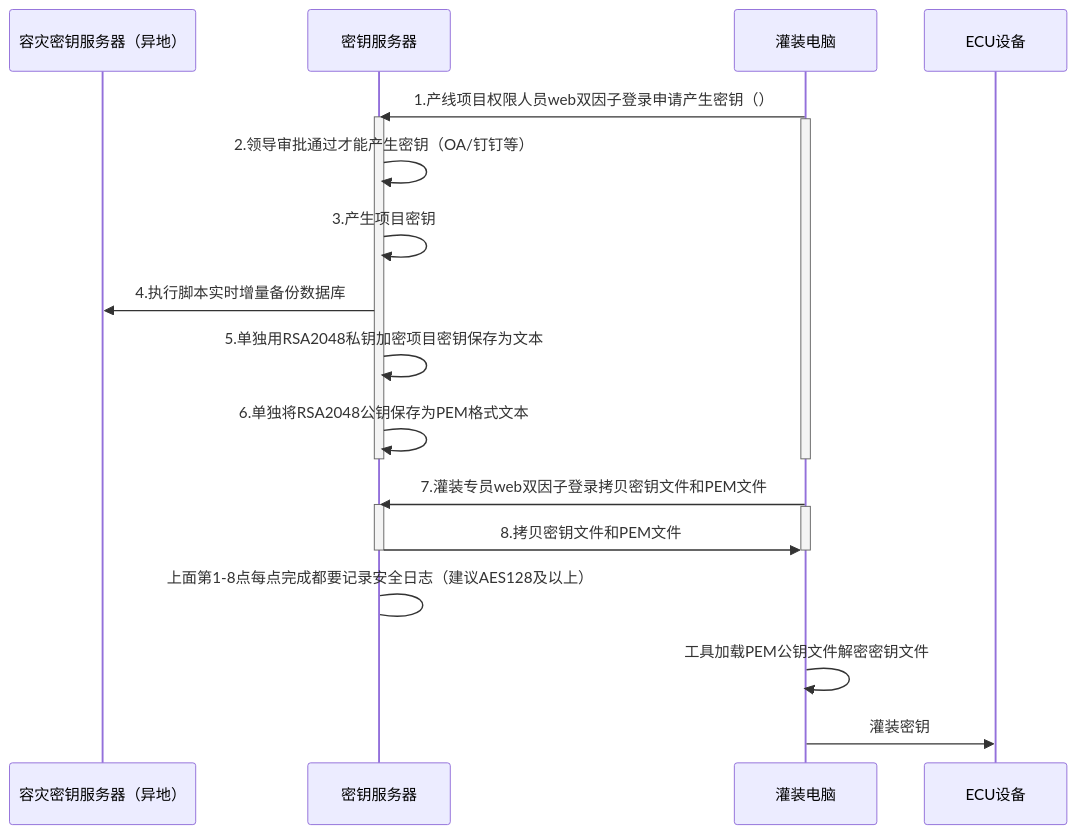
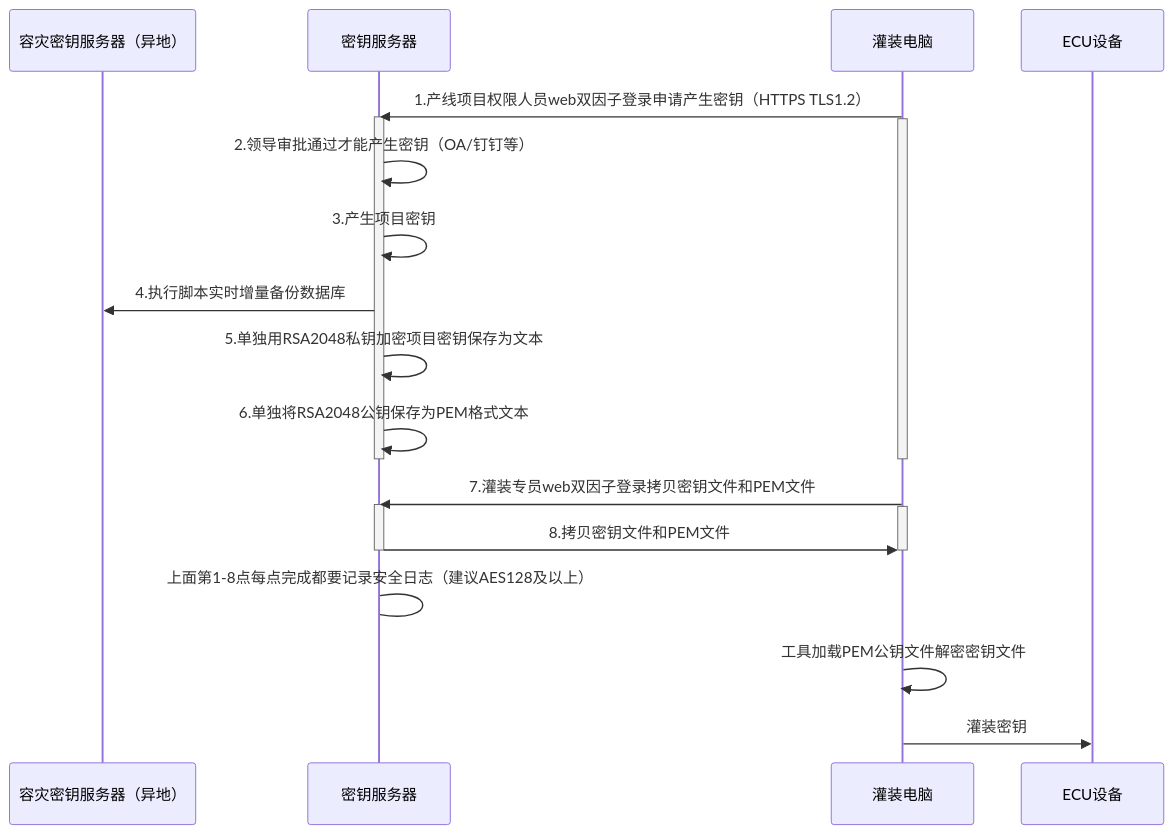
Before and after one commit to facebook-cloud/iodraw-files: the diagram in all/未命名-15.md, drawn with Mermaid.

Commit message:
2026-02-11 19:59:22 update

````diff
--- a/all/未命名-15.md
+++ b/all/未命名-15.md
@@ -1,32 +1,32 @@
 ```mermaid
 sequenceDiagram
     participant A as 容灾密钥服务器（异地）
     participant B as 密钥服务器
     participant D as 灌装电脑
     participant E as ECU设备
 
     
-    D->>B: 1.产线项目权限人员web双因子登录申请产生密钥（）
+    D->>B: 1.产线项目权限人员web双因子登录申请产生密钥（HTTPS TLS1.2）
     activate B
     activate D
     B->>B: 2.领导审批通过才能产生密钥（OA/钉钉等）
     B->>B: 3.产生项目密钥
     B->>A: 4.执行脚本实时增量备份数据库
     B->>B: 5.单独用RSA2048私钥加密项目密钥保存为文本
     B->>B: 6.单独将RSA2048公钥保存为PEM格式文本
     deactivate B
     deactivate D
 
     
     D->>B: 7.灌装专员web双因子登录拷贝密钥文件和PEM文件
     activate B
     activate D
     B->>D: 8.拷贝密钥文件和PEM文件
     deactivate B
     deactivate D
     B->B: 上面第1-8点每点完成都要记录安全日志（建议AES128及以上）
 
     D->>D:工具加载PEM公钥文件解密密钥文件
     
     D->>E: 灌装密钥
 ```
````
